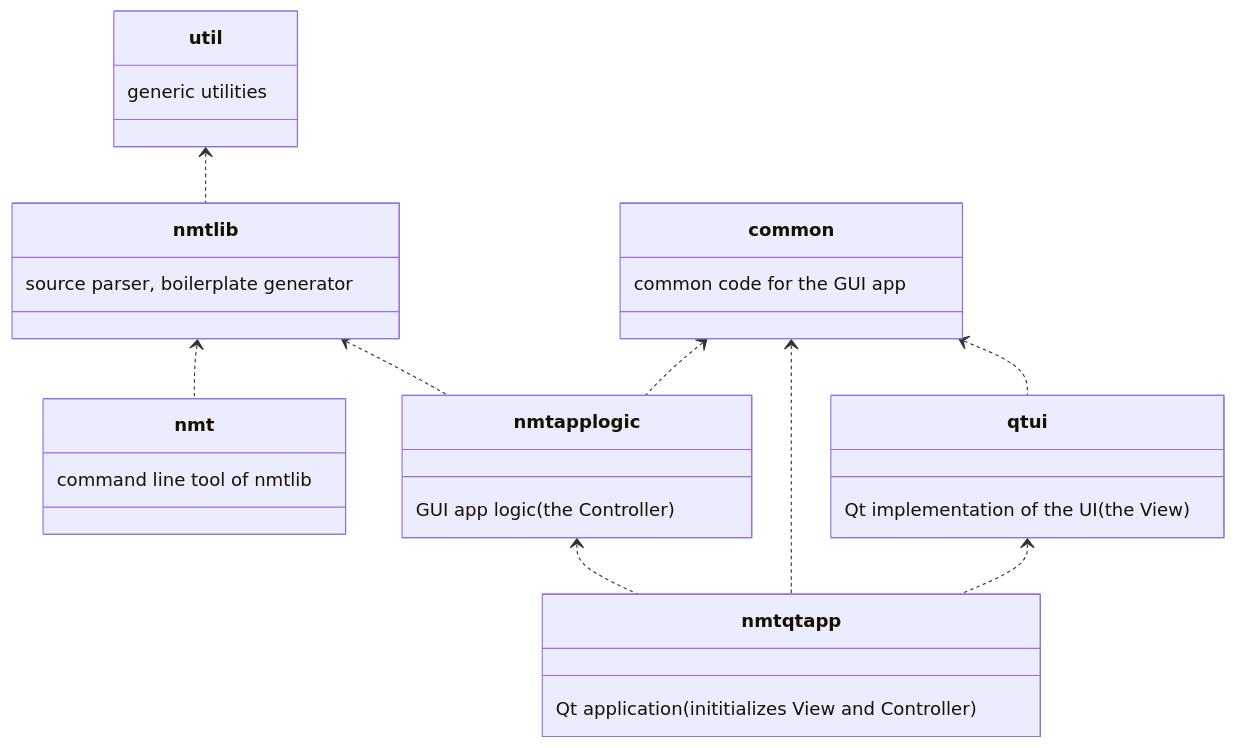
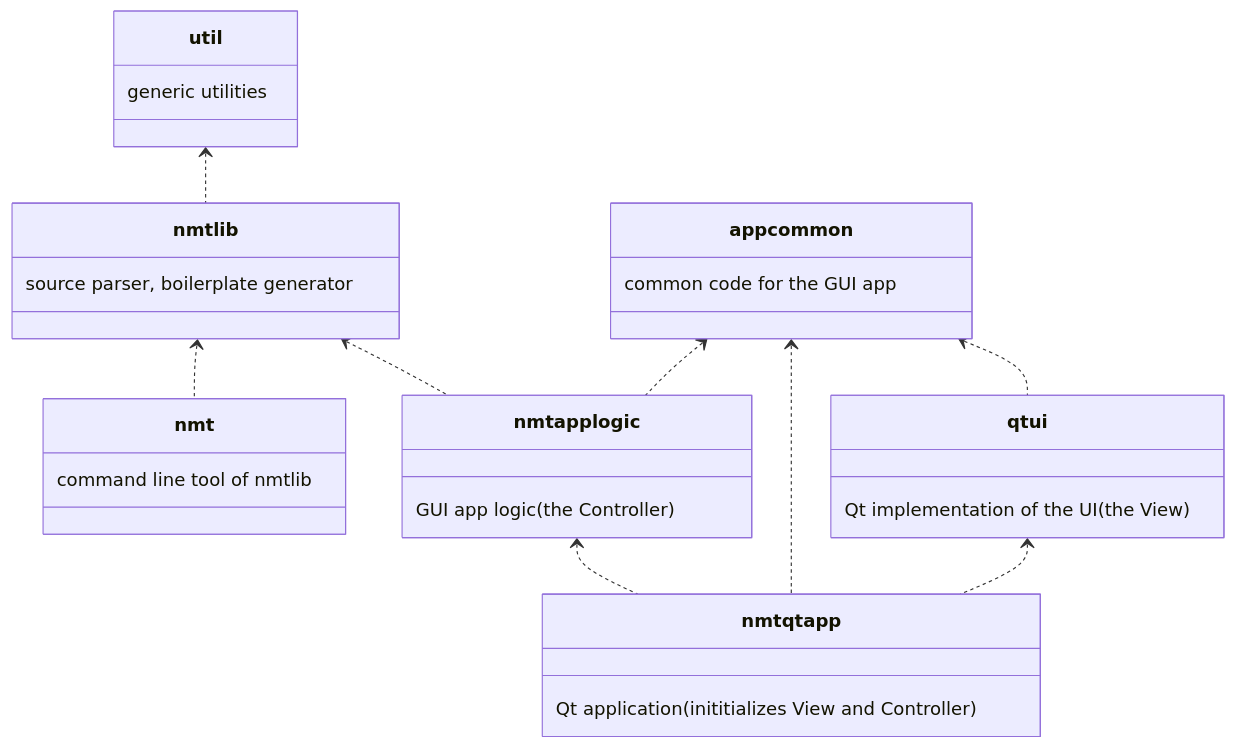
The diagram in README.md (tamaskenez/nmt), drawn with Mermaid before and after one commit. The commit also changed 8 other files, not shown here.

````diff
--- a/README.md
+++ b/README.md
@@ -87,32 +87,32 @@
 ```mermaid
 classDiagram
 class util {
     generic utilities
 }
 class nmtlib {
     source parser, boilerplate generator
 }
 class nmt {
     command line tool of nmtlib
 }
-class common {
+class appcommon {
     common code for the GUI app
 }
 class nmtapplogic {
     GUI app logic (the Controller)
 }
 class qtui {
     Qt implementation of the UI (the View)
 }
 class nmtqtapp {
     Qt application (inititializes View and Controller)
 }
 nmtlib <.. nmt
 util <.. nmtlib
-common <.. nmtapplogic
-common <.. nmtqtapp
+appcommon <.. nmtapplogic
+appcommon <.. nmtqtapp
 qtui <.. nmtqtapp
 nmtapplogic <.. nmtqtapp
-common <.. qtui
+appcommon <.. qtui
 nmtlib <.. nmtapplogic
 ```
````
